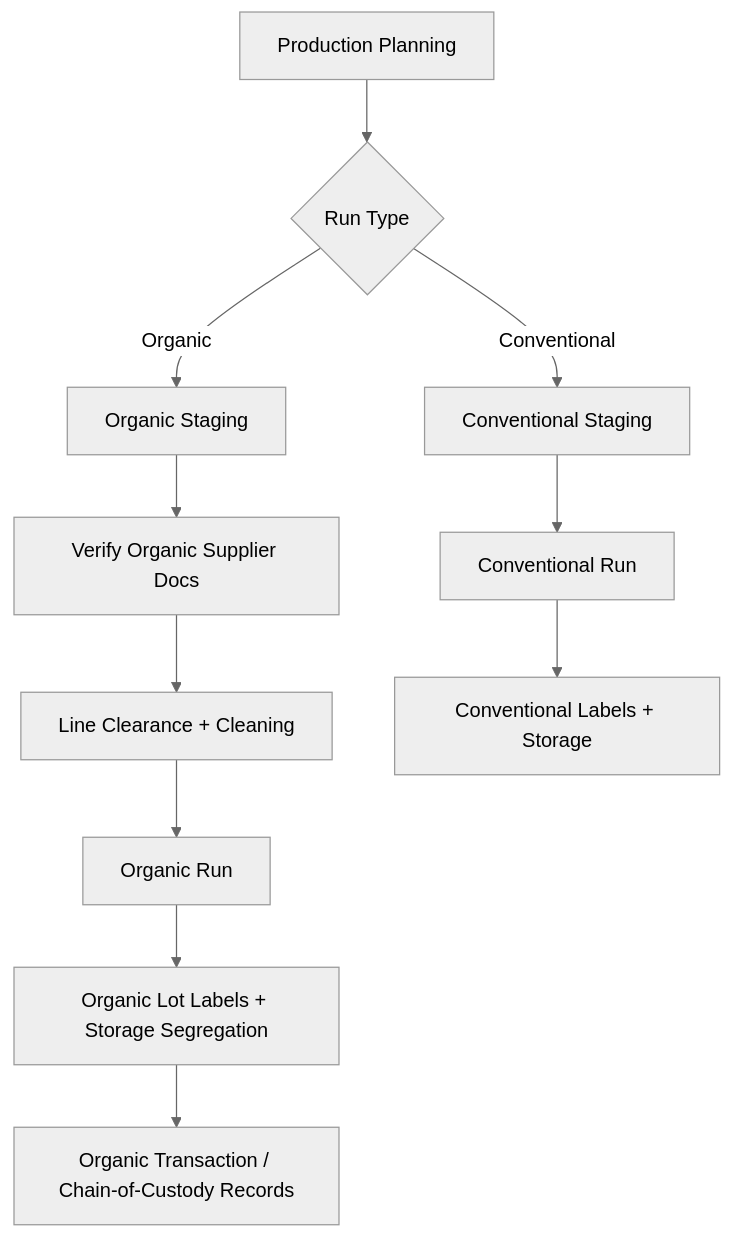
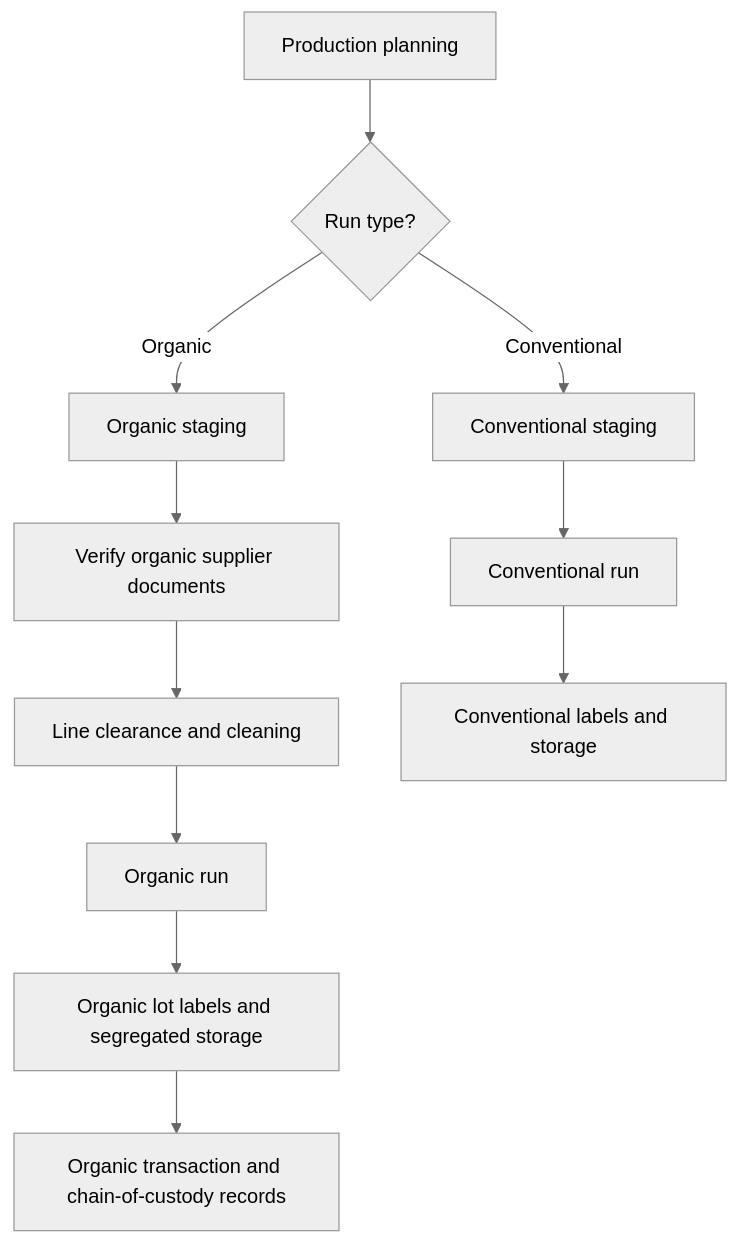
The sixth of 15 diagrams in README.md (FullyDevOps/flow), drawn with Mermaid (neutral theme) before and after one commit. The commit also changed other lines of this file, not shown here.

First line of the commit message:
Refine Mermaid diagrams and descriptions in README

````diff
--- a/README.md
+++ b/README.md
@@ -123,15 +147,16 @@
 ```mermaid
 flowchart TD
-  A[Production Planning] --> B{Run Type}
-  B -->|Conventional| C1[Conventional Staging]
-  B -->|Organic| O1[Organic Staging]
+  A["Production planning"] --> B{"Run type?"}
 
-  O1 --> O2[Verify Organic Supplier Docs]
-  O2 --> O3[Line Clearance + Cleaning]
-  O3 --> O4[Organic Run]
-  O4 --> O5[Organic Lot Labels + Storage Segregation]
-  O5 --> O6[Organic Transaction / Chain-of-Custody Records]
+  B -->|Conventional| C1["Conventional staging"]
+  B -->|Organic| O1["Organic staging"]
 
-  C1 --> C2[Conventional Run]
-  C2 --> C3[Conventional Labels + Storage]
+  O1 --> O2["Verify organic supplier documents"]
+  O2 --> O3["Line clearance and cleaning"]
+  O3 --> O4["Organic run"]
+  O4 --> O5["Organic lot labels and segregated storage"]
+  O5 --> O6["Organic transaction and chain-of-custody records"]
+
+  C1 --> C2["Conventional run"]
+  C2 --> C3["Conventional labels and storage"]
 ```
````
